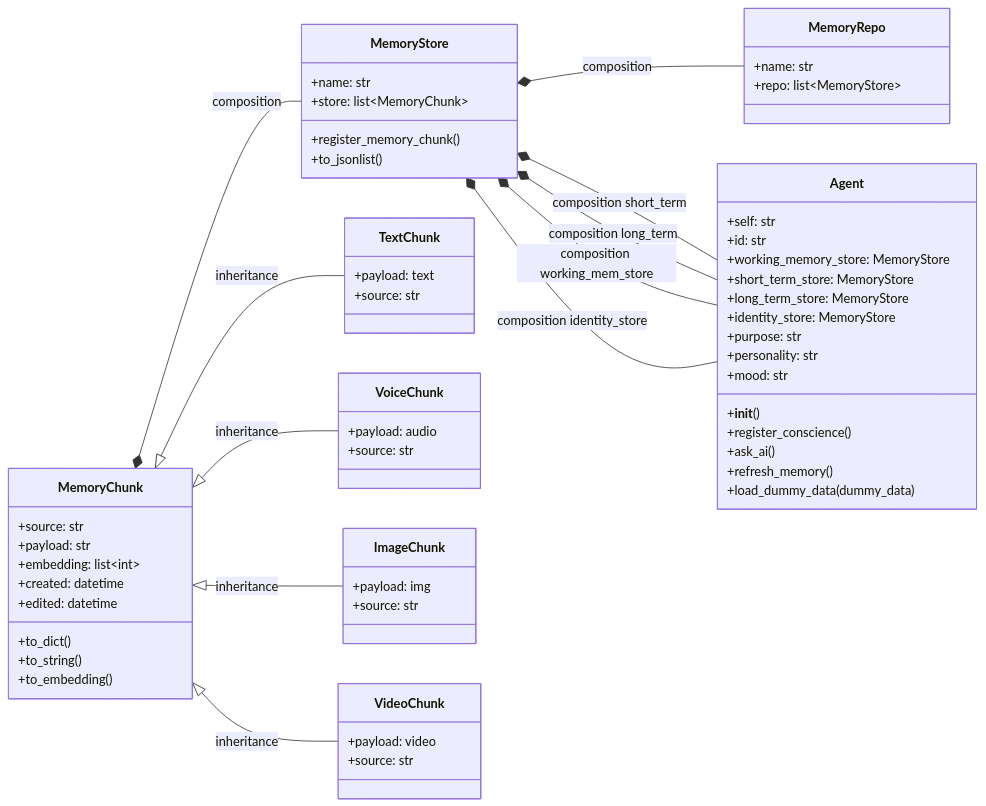
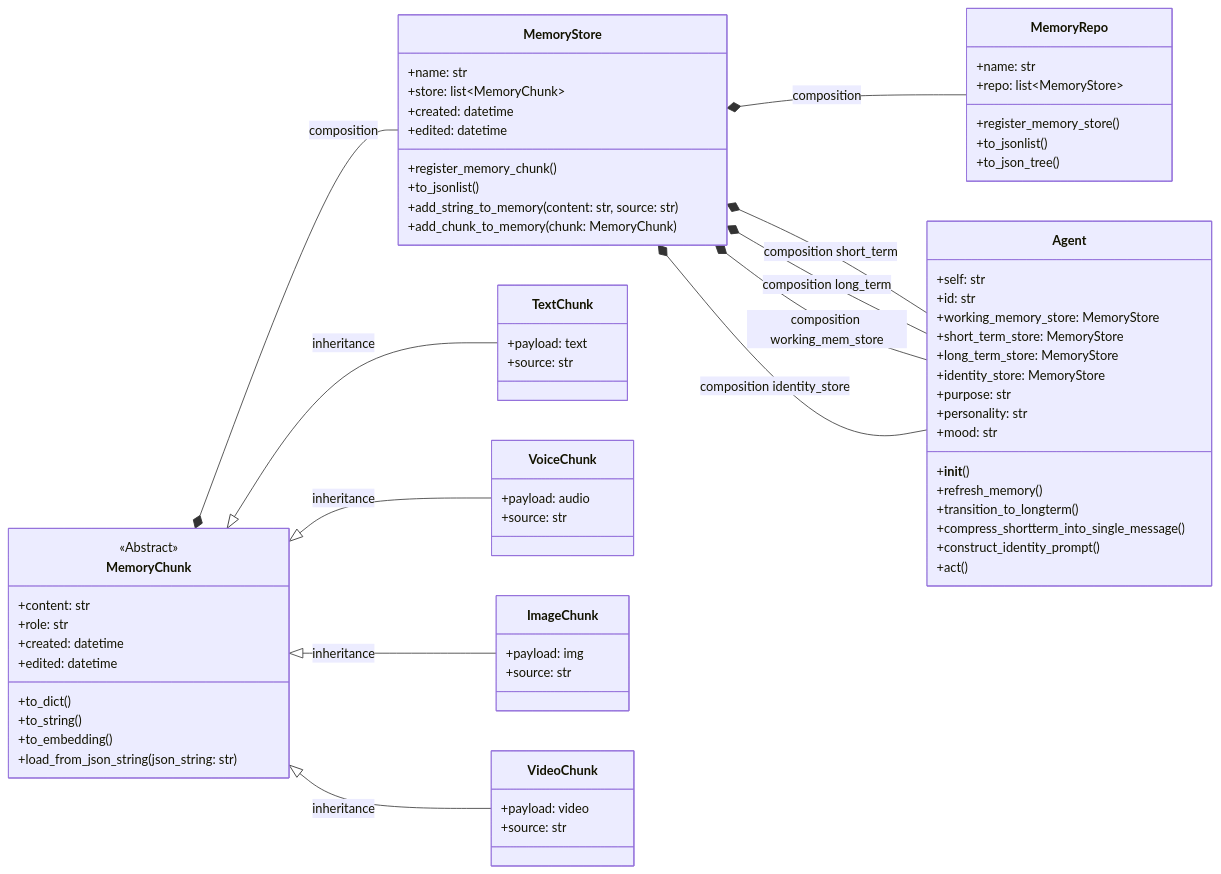
One commit to Sidebrain/interview-prep-agent changed the diagram in backend/README.md. Above: the diagram before and after it, drawn with Mermaid. The commit also changed 2 other files, not shown here.

Commit message:
feat: rearchitected memory and agent, untested.

```diff
--- a/backend/README.md
+++ b/backend/README.md
@@ -15,21 +15,25 @@
         +personality: str
         +mood: str
         +__init__()
-        +register_conscience()
-        +ask_ai()
         +refresh_memory()
-        +load_dummy_data(dummy_data)
+        +transition_to_longterm()
+        +compress_shortterm_into_single_message()
+        +construct_identity_prompt()
+        +act()
     }
 
     class MemoryChunk {
-        +source: str
-        +payload: str
-        +embedding: list~int~
+        <<Abstract>>
+        +content: str
+        +role: str
         +created: datetime
         +edited: datetime
+        %% +embedding: list~int~
         +to_dict()
         +to_string()
         +to_embedding()
+        +load_from_json_string(json_string: str)
+
 
     }
 
@@ -37,14 +41,21 @@
         +name: str
         %% can also be a queue
         +store: list~MemoryChunk~
+        +created: datetime
+        +edited: datetime
         +register_memory_chunk()
         +to_jsonlist()
+        +add_string_to_memory(content: str, source: str)
+        +add_chunk_to_memory(chunk: MemoryChunk)
 
     }
 
     class MemoryRepo {
         +name: str
         +repo: list~MemoryStore~
+        +register_memory_store()
+        +to_jsonlist()
+        +to_json_tree()
     }
 
     class TextChunk {
```
